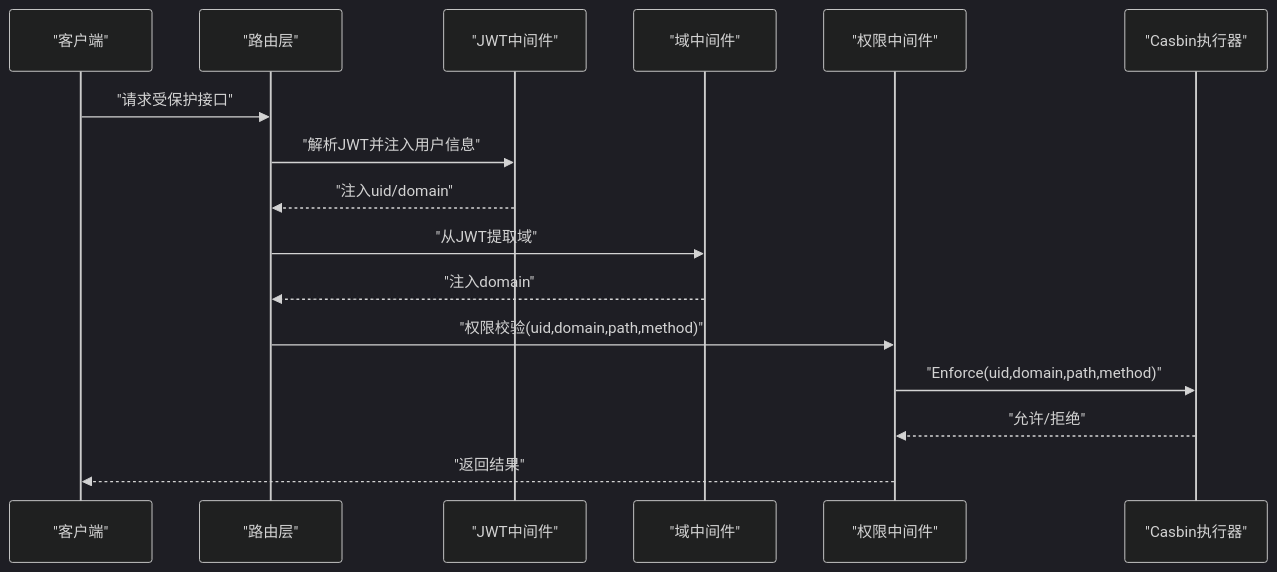
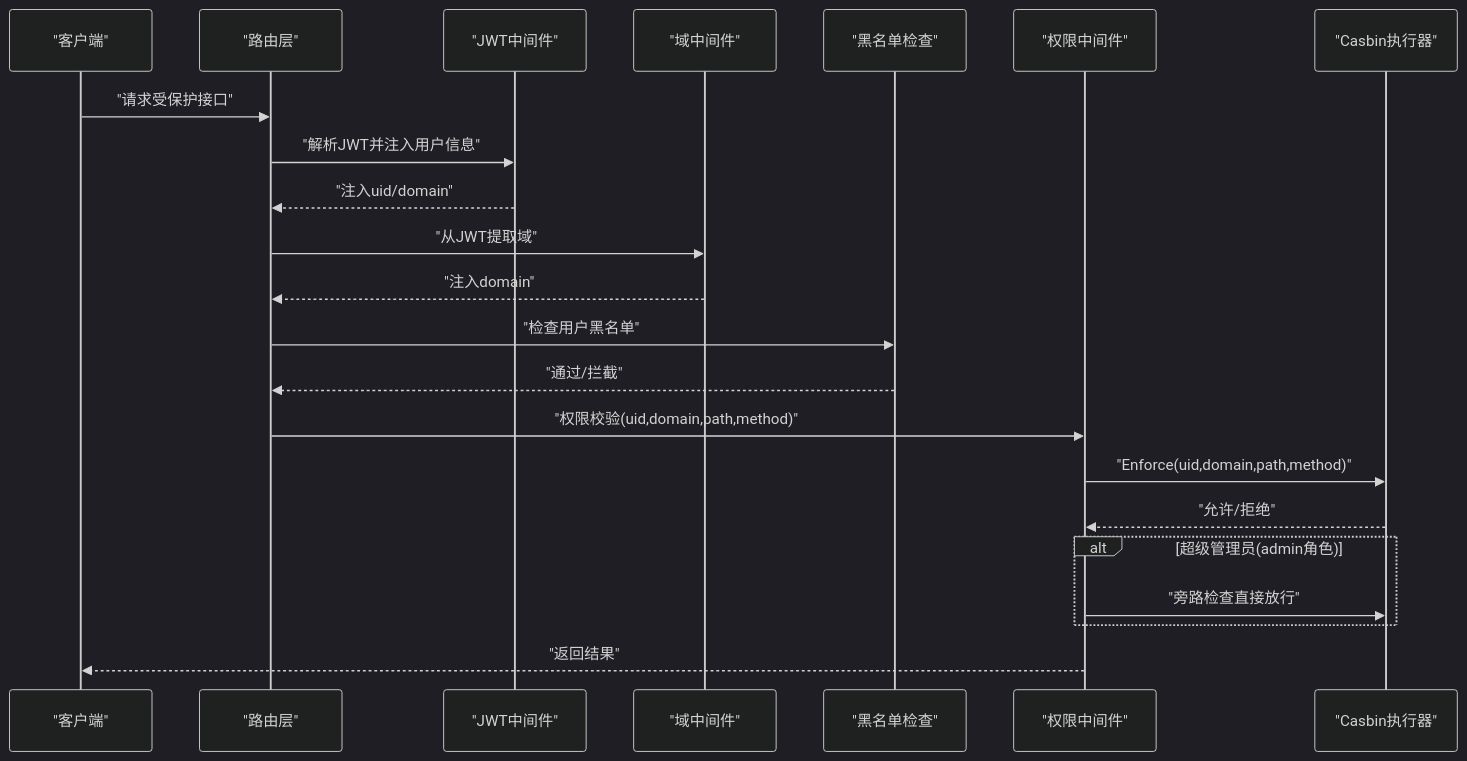
The seventh of 8 diagrams in .qoder/repowiki/zh/content/核心模块/用户认证模块.md (wuwuseo/e-sports-go-admin), drawn with Mermaid (dark theme) before and after one commit. The commit also changed other lines of this file and 42 other files, not shown here.

````diff
--- a/.qoder/repowiki/zh/content/核心模块/用户认证模块.md
+++ b/.qoder/repowiki/zh/content/核心模块/用户认证模块.md
@@ -295,18 +335,24 @@
 ```mermaid
 sequenceDiagram
 participant C as "客户端"
 participant R as "路由层"
 participant JM as "JWT中间件"
 participant DM as "域中间件"
+participant BL as "黑名单检查"
 participant PM as "权限中间件"
 participant E as "Casbin执行器"
 C->>R : "请求受保护接口"
 R->>JM : "解析JWT并注入用户信息"
 JM-->>R : "注入uid/domain"
 R->>DM : "从JWT提取域"
 DM-->>R : "注入domain"
+R->>BL : "检查用户黑名单"
+BL-->>R : "通过/拦截"
 R->>PM : "权限校验(uid,domain,path,method)"
 PM->>E : "Enforce(uid,domain,path,method)"
 E-->>PM : "允许/拒绝"
+alt 超级管理员(admin角色)
+PM->>E : "旁路检查直接放行"
+end
 PM-->>C : "返回结果"
 ```
````
